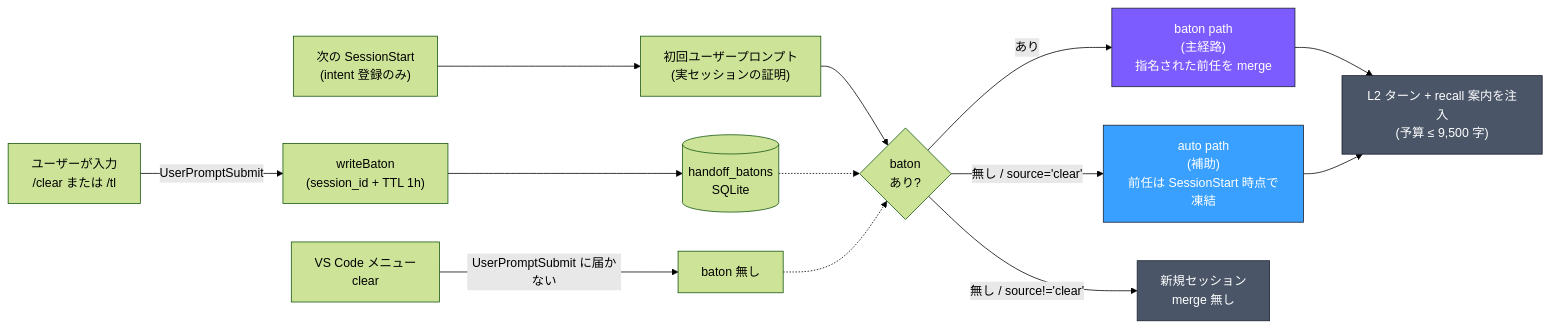
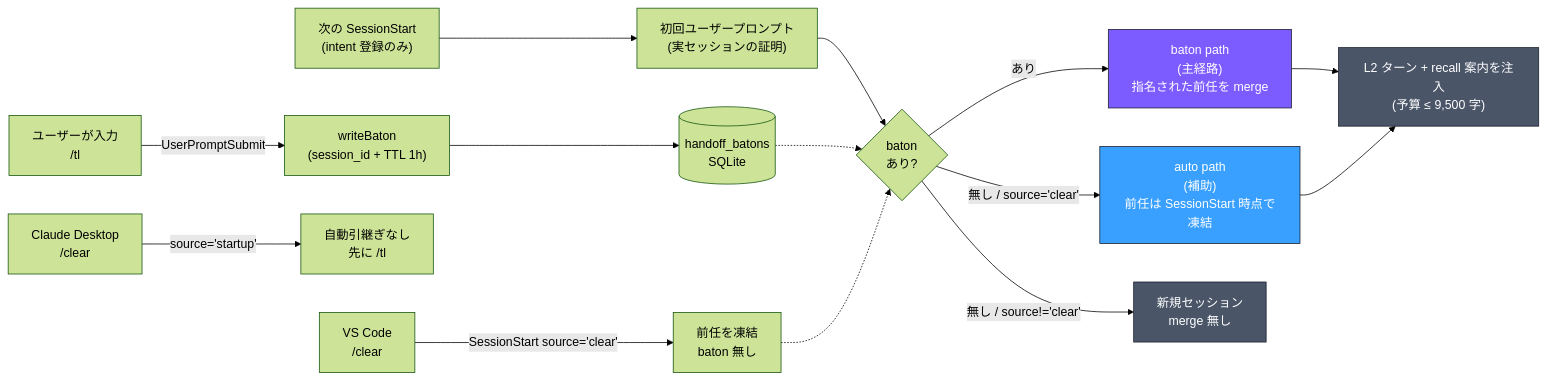
One commit to kitepon-rgb/Throughline changed the third of 3 diagrams in README.ja.md. Above: the diagram before and after it, drawn with Mermaid (forest theme). The commit also changed other lines of this file and 56 other files, not shown here.

````diff
--- a/README.ja.md
+++ b/README.ja.md
@@ -224,22 +226,23 @@
 ```mermaid
 flowchart LR
-    U["ユーザーが入力<br/>/clear または /tl"] -->|UserPromptSubmit| W["writeBaton<br/>(session_id + TTL 1h)"]
+    U["ユーザーが入力<br/>/tl"] -->|UserPromptSubmit| W["writeBaton<br/>(session_id + TTL 1h)"]
     W --> B[("handoff_batons<br/>SQLite")]
-    M["VS Code メニュー<br/>clear"] -->|UserPromptSubmit に届かない| X["baton 無し"]
+    M["VS Code<br/>/clear"] -->|SessionStart source='clear'| X["前任を凍結<br/>baton 無し"]
+    D["Claude Desktop<br/>/clear"] -->|source='startup'| N["自動引継ぎなし<br/>先に /tl"]
     NS["次の SessionStart<br/>(intent 登録のみ)"] --> FP["初回ユーザープロンプト<br/>(実セッションの証明)"]
     FP --> C{"baton<br/>あり?"}
     B -.-> C
     X -.-> C
     C -->|あり| P1["baton path<br/>(主経路)<br/>指名された前任を merge"]
     C -->|無し / source='clear'| P2["auto path<br/>(補助)<br/>前任は SessionStart 時点で凍結"]
     C -->|無し / source!='clear'| P3["新規セッション<br/>merge 無し"]
     P1 --> INJ["L2 ターン + recall 案内を注入<br/>(予算 ≤ 9,500 字)"]
     P2 --> INJ
 
     classDef primary fill:#7c5cff,stroke:#1a1f2e,color:#fff
     classDef fallback fill:#3aa0ff,stroke:#1a1f2e,color:#fff
     classDef neutral fill:#4a5568,stroke:#1a1f2e,color:#fff
     class P1 primary
     class P2 fallback
     class P3,INJ neutral
 ```
````
